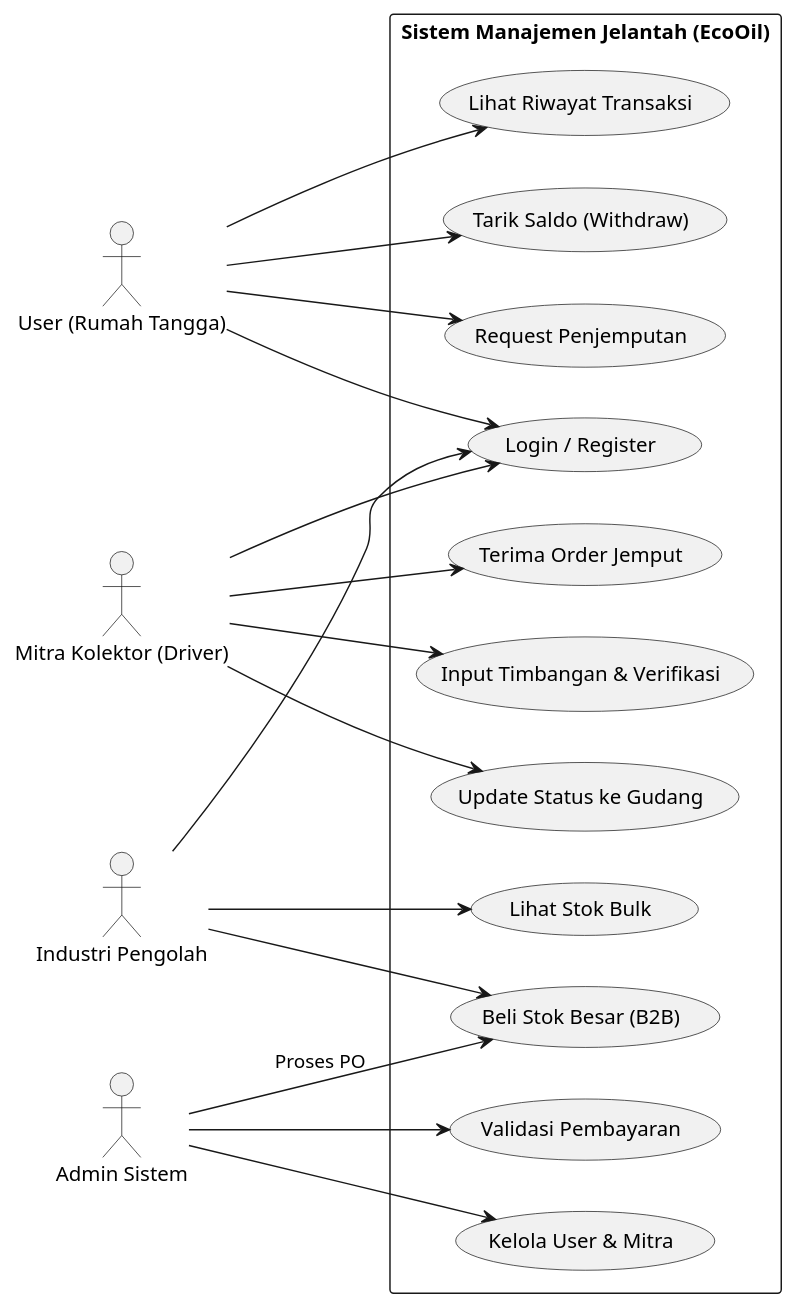
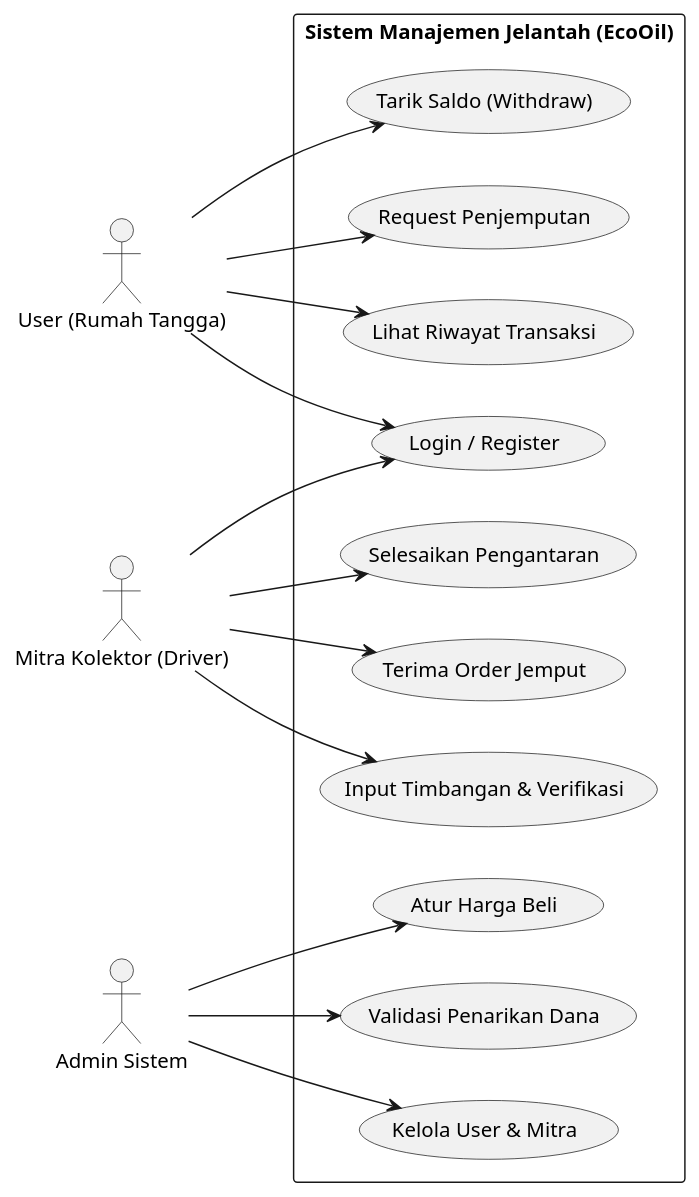
The diagram in docs/diagrams/use_case.puml (dika1005/ecooil-stack), drawn with PlantUML before and after one commit. The commit also changed 35 other files, not shown here.

Commit message:
feat: Remove INDUSTRI role and all associated bulk order features, services, and UI components.

```diff
--- a/docs/diagrams/use_case.puml
+++ b/docs/diagrams/use_case.puml
@@ -1,54 +1,45 @@
 @startuml UseCase_EcoOil
 left to right direction
 skinparam packageStyle rectangle
 
 actor "User (Rumah Tangga)" as user
 actor "Mitra Kolektor (Driver)" as driver
-actor "Industri Pengolah" as industry
 actor "Admin Sistem" as admin
 
 rectangle "Sistem Manajemen Jelantah (EcoOil)" {
     
     ' User Cases
     usecase "Login / Register" as UC1
     usecase "Request Penjemputan" as UC2
     usecase "Lihat Riwayat Transaksi" as UC3
     usecase "Tarik Saldo (Withdraw)" as UC4
     
     ' Driver Cases
     usecase "Terima Order Jemput" as UC5
     usecase "Input Timbangan & Verifikasi" as UC6
-    usecase "Update Status ke Gudang" as UC7
-    
-    ' Industry Cases
-    usecase "Lihat Stok Bulk" as UC8
-    usecase "Beli Stok Besar (B2B)" as UC9
+    usecase "Selesaikan Pengantaran" as UC7
     
     ' Admin Cases
-    usecase "Validasi Pembayaran" as UC10
+    usecase "Validasi Penarikan Dana" as UC10
     usecase "Kelola User & Mitra" as UC11
+    usecase "Atur Harga Beli" as UC12
 }
 
 ' Relasi User
 user --> UC1
 user --> UC2
 user --> UC3
 user --> UC4
 
 ' Relasi Driver
 driver --> UC1
 driver --> UC5
 driver --> UC6
 driver --> UC7
 
-' Relasi Industry
-industry --> UC1
-industry --> UC8
-industry --> UC9
-
 ' Relasi Admin
 admin --> UC10
 admin --> UC11
-admin --> UC9 : "Proses PO"
+admin --> UC12
 
 @enduml
```
